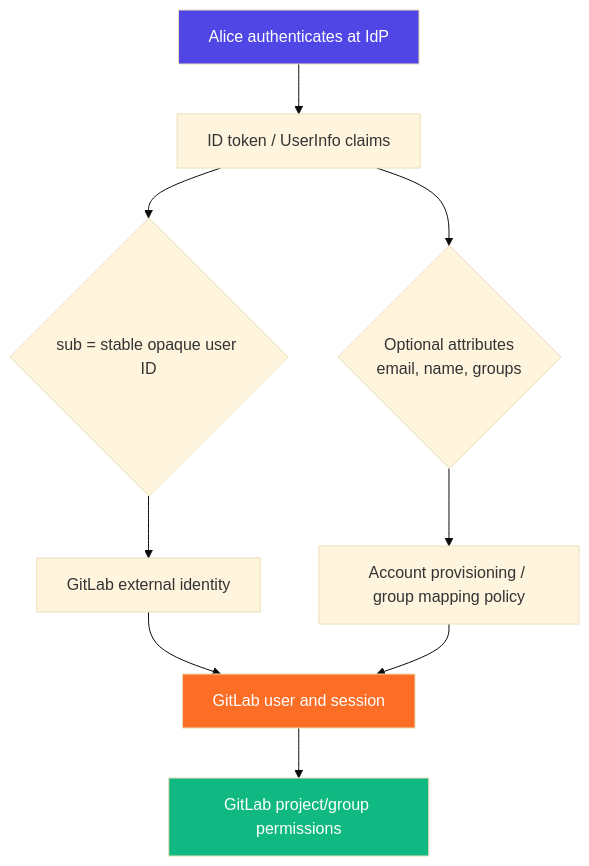
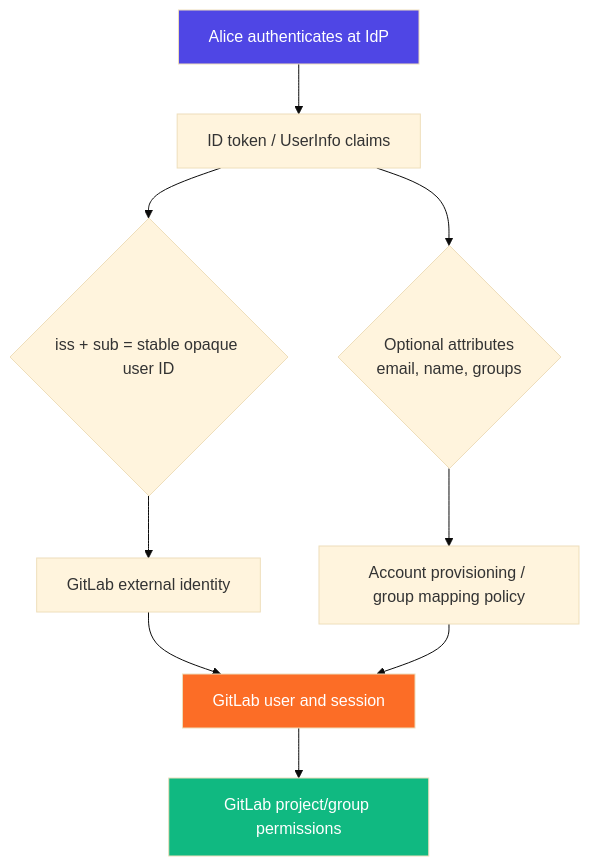
The third of 3 diagrams in oauth2/gitlab-oauth2-oidc-principle.md (abdelhousni/til), drawn with Mermaid (base theme) before and after one commit. The commit also changed other lines of this file, not shown here.

````diff
--- a/oauth2/gitlab-oauth2-oidc-principle.md
+++ b/oauth2/gitlab-oauth2-oidc-principle.md
@@ -98,15 +100,15 @@
 ```mermaid
 flowchart TD
     A[Alice authenticates at IdP] --> B[ID token / UserInfo claims]
-    B --> C{sub = stable opaque user ID}
+    B --> C{iss + sub = stable opaque user ID}
     B --> D{Optional attributes<br/>email, name, groups}
     C --> E[GitLab external identity]
     D --> F[Account provisioning / group mapping policy]
     E --> G[GitLab user and session]
     F --> G
     G --> H[GitLab project/group permissions]
 
     style A fill:#4f46e5,color:#fff
     style G fill:#fc6d26,color:#fff
     style H fill:#10b981,color:#fff
 ```
````
